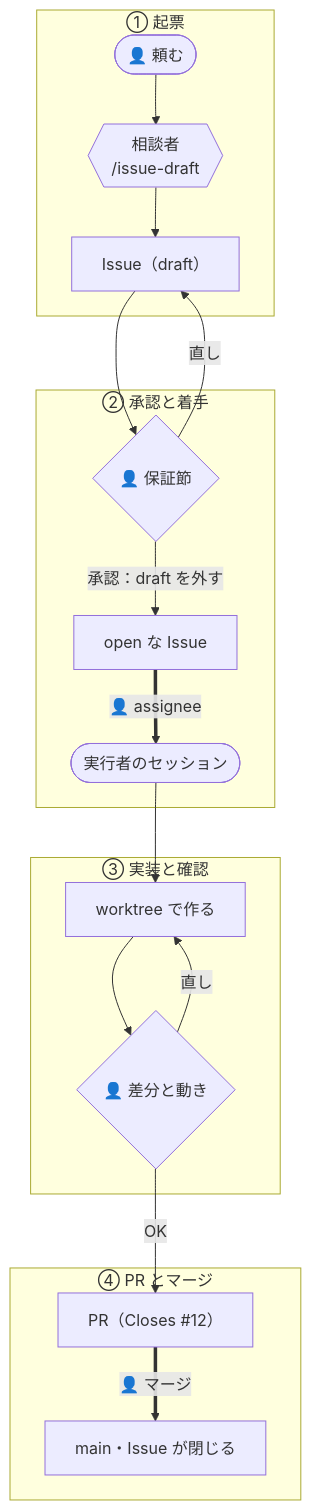
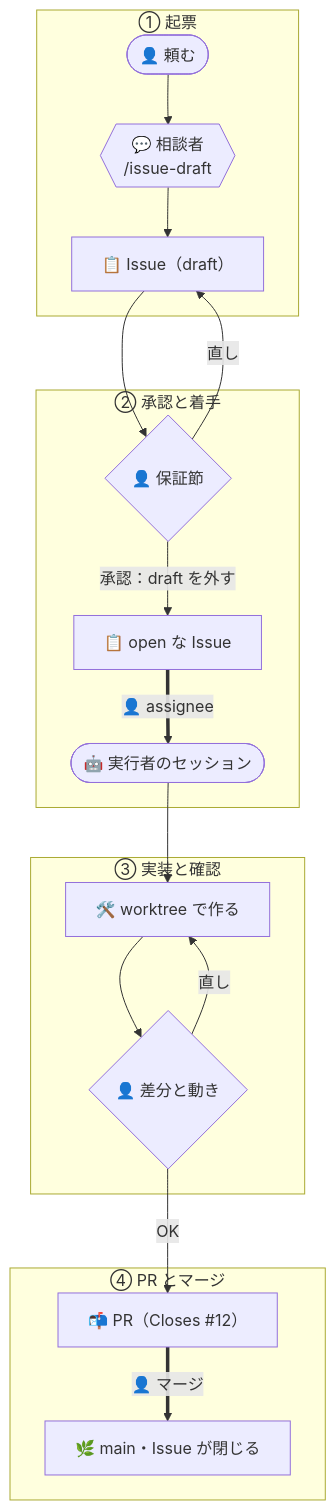
The diagram in docs/flows/team.md (yktsnet/sdlc-kit), drawn with Mermaid before and after one commit. The commit also changed 2 other files, not shown here.

Commit message:
docs: add an emoji to each Mermaid node (#24)

````diff
--- a/docs/flows/team.md
+++ b/docs/flows/team.md
@@ -23,22 +23,22 @@
 ```mermaid
 flowchart TD
     subgraph p1 ["① 起票"]
-        R(["👤 頼む"]) --> C{{"相談者<br/>/issue-draft"}}
-        C --> I["Issue（draft）"]
+        R(["👤 頼む"]) --> C{{"💬 相談者<br/>/issue-draft"}}
+        C --> I["📋 Issue（draft）"]
     end
     subgraph p2 ["② 承認と着手"]
         I --> A{"👤 保証節"}
         A -->|直し| I
-        A -->|"承認：draft を外す"| O[open な Issue]
-        O ==>|"👤 assignee"| E(["実行者のセッション"])
+        A -->|"承認：draft を外す"| O[📋 open な Issue]
+        O ==>|"👤 assignee"| E(["🤖 実行者のセッション"])
     end
     subgraph p3 ["③ 実装と確認"]
-        E --> W[worktree で作る]
+        E --> W[🛠️ worktree で作る]
         W --> V{"👤 差分と動き"}
         V -->|直し| W
     end
     subgraph p4 ["④ PR とマージ"]
-        V -->|OK| P["PR（Closes #12）"]
-        P ==>|"👤 マージ"| M[main・Issue が閉じる]
+        V -->|OK| P["📬 PR（Closes #12）"]
+        P ==>|"👤 マージ"| M[🌿 main・Issue が閉じる]
     end
 ```
````
